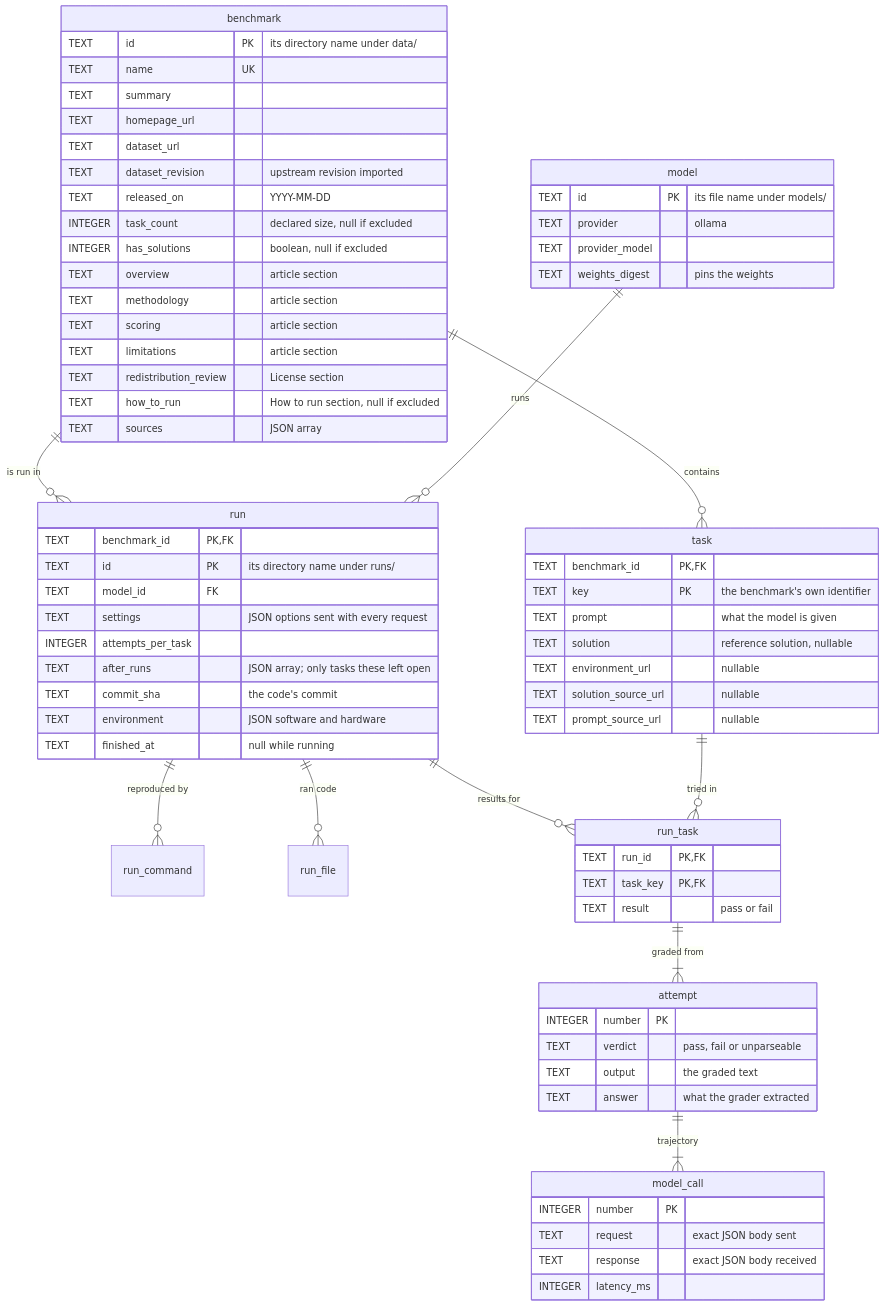
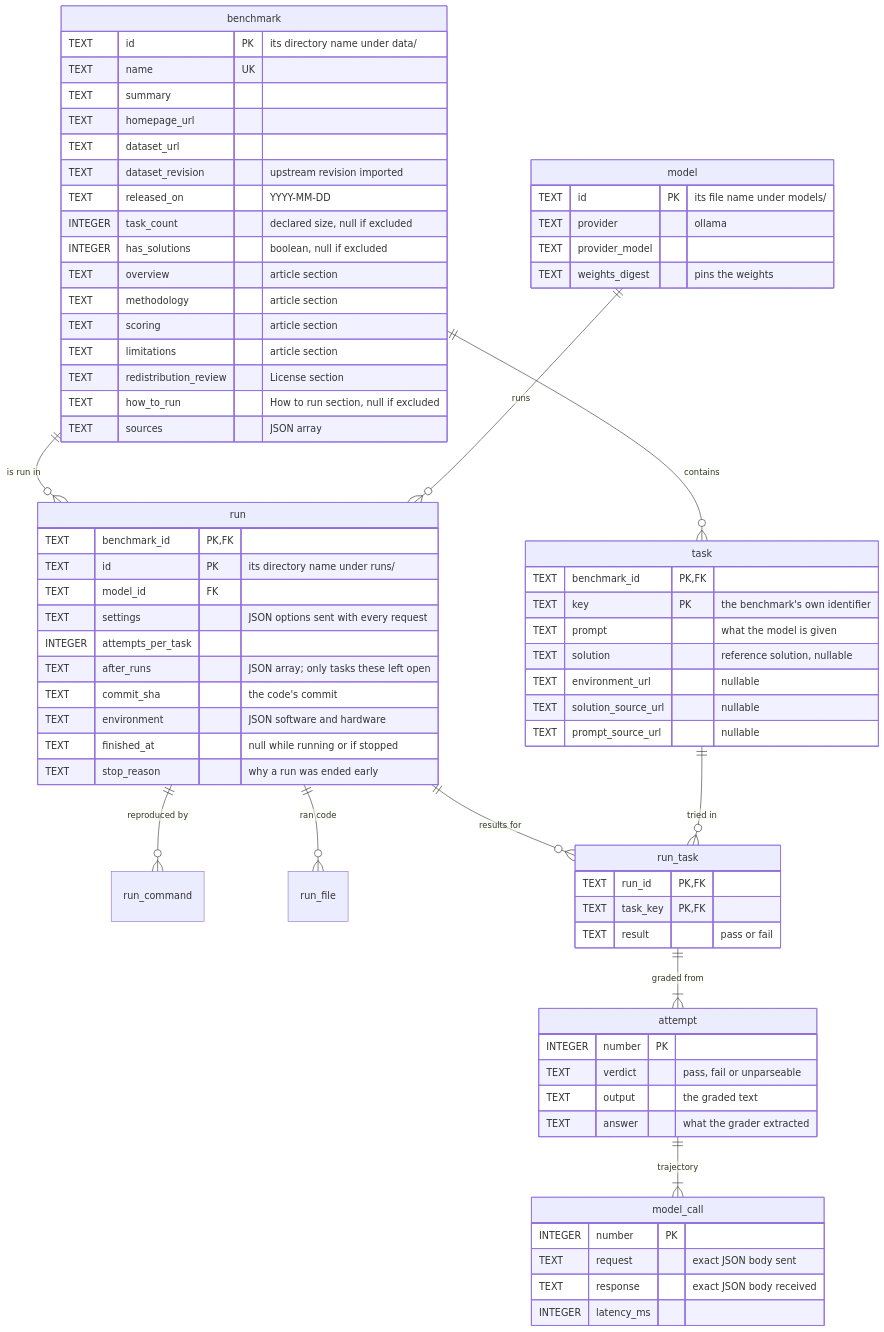
Before and after one commit to khooeee/benchopedia: the diagram in README.md, drawn with Mermaid. The commit also changed 16 other files, not shown here.

````diff
--- a/README.md
+++ b/README.md
@@ -38,74 +38,75 @@
 ```mermaid
 erDiagram
     benchmark ||--o{ task : contains
     benchmark ||--o{ run : "is run in"
     model ||--o{ run : runs
     run ||--o{ run_command : "reproduced by"
     run ||--o{ run_file : "ran code"
     run ||--o{ run_task : "results for"
     task ||--o{ run_task : "tried in"
     run_task ||--|{ attempt : "graded from"
     attempt ||--|{ model_call : trajectory
 
     benchmark {
         TEXT id PK "its directory name under data/"
         TEXT name UK
         TEXT summary
         TEXT homepage_url
         TEXT dataset_url
         TEXT dataset_revision "upstream revision imported"
         TEXT released_on "YYYY-MM-DD"
         INTEGER task_count "declared size, null if excluded"
         INTEGER has_solutions "boolean, null if excluded"
         TEXT overview "article section"
         TEXT methodology "article section"
         TEXT scoring "article section"
         TEXT limitations "article section"
         TEXT redistribution_review "License section"
         TEXT how_to_run "How to run section, null if excluded"
         TEXT sources "JSON array"
     }
     task {
         TEXT benchmark_id PK, FK
         TEXT key PK "the benchmark's own identifier"
         TEXT prompt "what the model is given"
         TEXT solution "reference solution, nullable"
         TEXT environment_url "nullable"
         TEXT solution_source_url "nullable"
         TEXT prompt_source_url "nullable"
     }
     model {
         TEXT id PK "its file name under models/"
         TEXT provider "ollama"
         TEXT provider_model
         TEXT weights_digest "pins the weights"
     }
     run {
         TEXT benchmark_id PK, FK
         TEXT id PK "its directory name under runs/"
         TEXT model_id FK
         TEXT settings "JSON options sent with every request"
         INTEGER attempts_per_task
         TEXT after_runs "JSON array; only tasks these left open"
         TEXT commit_sha "the code's commit"
         TEXT environment "JSON software and hardware"
-        TEXT finished_at "null while running"
+        TEXT finished_at "null while running or if stopped"
+        TEXT stop_reason "why a run was ended early"
     }
     run_task {
         TEXT run_id PK, FK
         TEXT task_key PK, FK
         TEXT result "pass or fail"
     }
     attempt {
         INTEGER number PK
         TEXT verdict "pass, fail or unparseable"
         TEXT output "the graded text"
         TEXT answer "what the grader extracted"
     }
     model_call {
         INTEGER number PK
         TEXT request "exact JSON body sent"
         TEXT response "exact JSON body received"
         INTEGER latency_ms
     }
 ```
````
